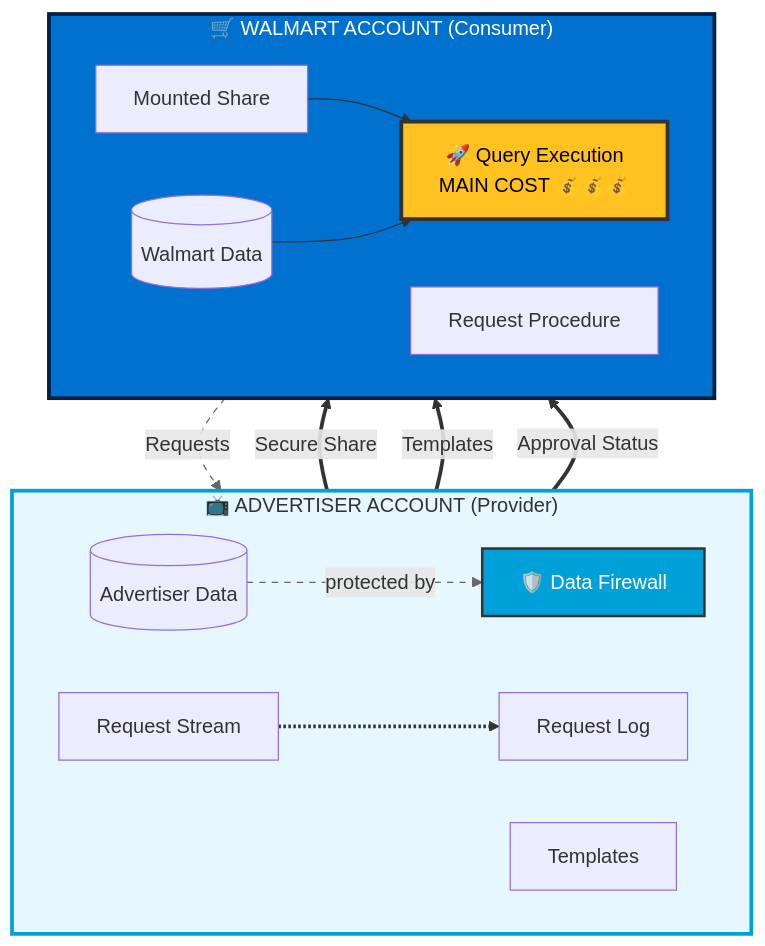
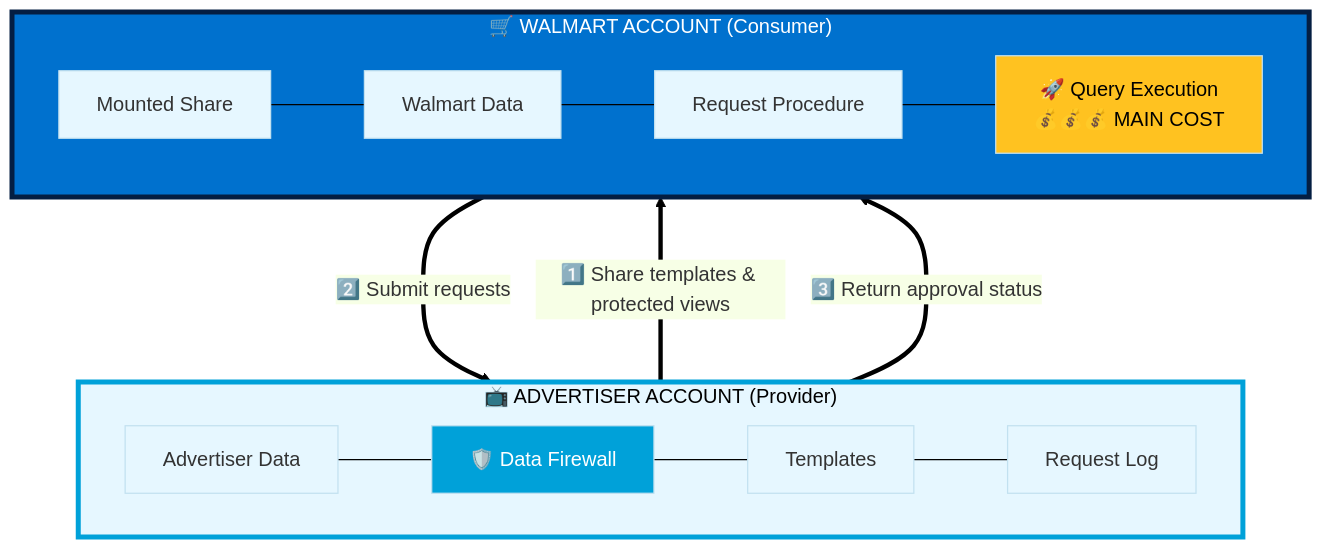
Before and after one commit to sfc-gh-vshiv/sfquickstart-data-clean-room: the first of 4 diagrams in DCR_Flow_and_Cost_Guide_WMT.md, drawn with Mermaid. The commit also changed 1 other file, not shown here.

Commit message:
Refactor DCR Flow and Cost Guide Mermaid diagrams to enhance layout and clarity, including updated styles and connections for improved representation of interactions between advertiser and Walmart accounts.

````diff
--- a/DCR_Flow_and_Cost_Guide_WMT.md
+++ b/DCR_Flow_and_Cost_Guide_WMT.md
@@ -20,37 +20,21 @@
 ```mermaid
+%%{init: {'theme': 'base', 'themeVariables': {'lineColor': '#000000', 'primaryColor': '#e6f7ff'}}}%%
 flowchart TB
     subgraph ADVERTISER["📺 ADVERTISER ACCOUNT (Provider)"]
-        direction LR
-        PD[("Advertiser Data")]
-        PT["Templates"]
-        RS["Request Stream"]
-        RL["Request Log"]
-        RAP["🛡️ Data Firewall"]
+        A1["Advertiser Data"] --- A2["🛡️ Data Firewall"] --- A3["Templates"] --- A4["Request Log"]
     end
     
+    ADVERTISER ===>|"1️⃣ Share templates & protected views"| WALMART
+    
     subgraph WALMART["🛒 WALMART ACCOUNT (Consumer)"]
-        direction LR
-        CD[("Walmart Data")]
-        MS["Mounted Share"]
-        RP["Request Procedure"]
-        QE["🚀 Query Execution<br/>MAIN COST 💰💰💰"]
+        W1["Mounted Share"] --- W2["Walmart Data"] --- W3["Request Procedure"] --- W4["🚀 Query Execution<br/>💰💰💰 MAIN COST"]
     end
     
-    PD -.->|protected by| RAP
-    RAP ==>|"Secure Share"| MS
-    PT ==>|"Templates"| MS
-    RP ==>|"Requests"| RS
-    RS -.-> RL
-    RL ==>|"Approval Status"| WALMART
+    WALMART ===>|"2️⃣ Submit requests"| ADVERTISER
+    ADVERTISER ===>|"3️⃣ Return approval status"| WALMART
     
-    MS --> QE
-    CD --> QE
-    
-    style QE fill:#ffc220,stroke:#333,stroke-width:3px,color:#000
-    style RAP fill:#00A1D9,stroke:#333,stroke-width:2px,color:#fff
-    style ADVERTISER fill:#e6f7ff,stroke:#00A1D9,stroke-width:3px
-    style WALMART fill:#0071ce,stroke:#041e42,stroke-width:3px,color:#fff
-    
-    linkStyle 0,3 stroke:#666,stroke-width:1px,stroke-dasharray:5
-    linkStyle 1,2,4,5 stroke:#333,stroke-width:3px
+    style ADVERTISER fill:#e6f7ff,stroke:#00A1D9,stroke-width:4px
+    style WALMART fill:#0071ce,stroke:#041e42,stroke-width:4px,color:#fff
+    style A2 fill:#00A1D9,color:#fff
+    style W4 fill:#ffc220,color:#000
 ```
````
